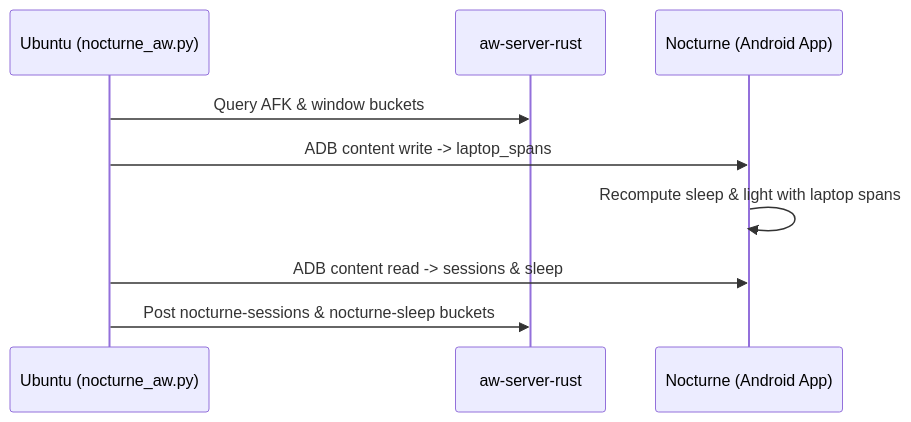
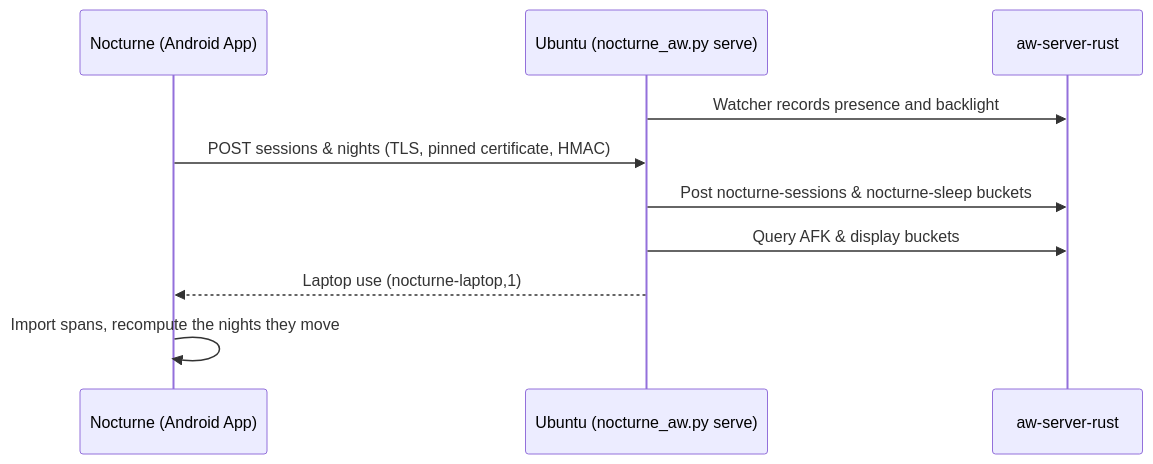
Before and after one commit to Anbu-00001/Nocturne: the fifth of 5 diagrams in README.md, drawn with Mermaid. The commit also changed other lines of this file and 25 other files, not shown here.

Commit message:
Phase 5: Wi-Fi sync started by the phone (pinned TLS, signed requests, private addresses only), pair over adb, Settings block; twelve-days data findings; live-test false positive fixed

````diff
--- a/README.md
+++ b/README.md
@@ -167,12 +172,13 @@
 ```mermaid
 sequenceDiagram
-    participant Laptop as Ubuntu (nocturne_aw.py)
+    participant Phone as Nocturne (Android App)
+    participant Laptop as Ubuntu (nocturne_aw.py serve)
     participant AW as aw-server-rust
-    participant Phone as Nocturne (Android App)
 
-    Laptop->>AW: Query AFK & window buckets
-    Laptop->>Phone: ADB content write -> laptop_spans
-    Phone->>Phone: Recompute sleep & light with laptop spans
-    Laptop->>Phone: ADB content read -> sessions & sleep
+    Laptop->>AW: Watcher records presence and backlight
+    Phone->>Laptop: POST sessions & nights (TLS, pinned certificate, HMAC)
     Laptop->>AW: Post nocturne-sessions & nocturne-sleep buckets
+    Laptop->>AW: Query AFK & display buckets
+    Laptop-->>Phone: Laptop use (nocturne-laptop,1)
+    Phone->>Phone: Import spans, recompute the nights they move
 ```
````
